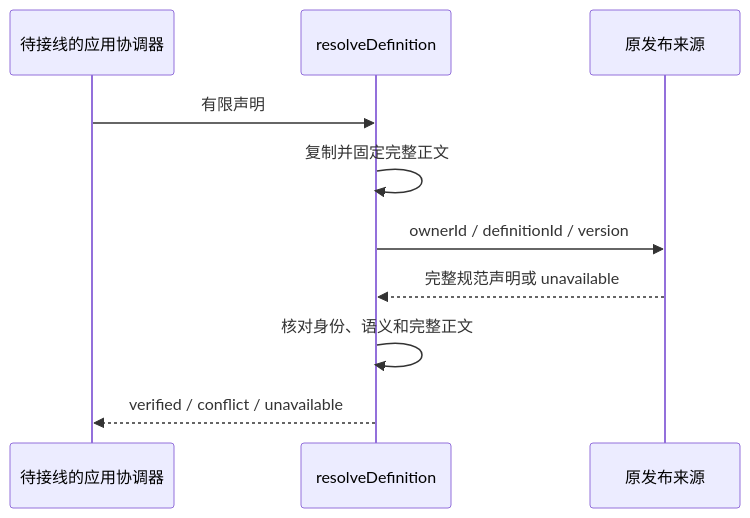
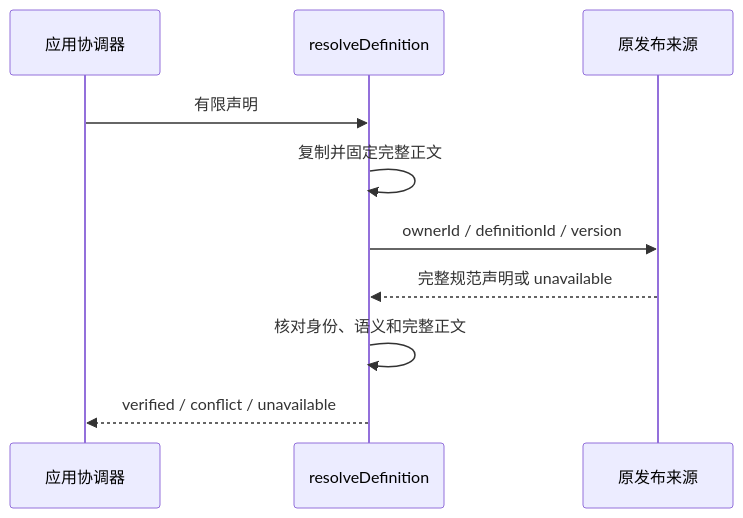
The seventh of 21 diagrams in packages/governance/governance-local/docs/architecture.md (nemori-ai/omne-harness-lite), drawn with Mermaid before and after one commit. The commit also changed other lines of this file and 223 other files, not shown here.

````diff
--- a/packages/governance/governance-local/docs/architecture.md
+++ b/packages/governance/governance-local/docs/architecture.md
@@ -103,12 +153,12 @@
 ```mermaid
 sequenceDiagram
-  participant C as 待接线的应用协调器
+  participant C as 应用协调器
   participant V as resolveDefinition
   participant S as 原发布来源
   C->>V: 有限声明
   V->>V: 复制并固定完整正文
   V->>S: ownerId / definitionId / version
   S-->>V: 完整规范声明或 unavailable
   V->>V: 核对身份、语义和完整正文
   V-->>C: verified / conflict / unavailable
 ```
````
